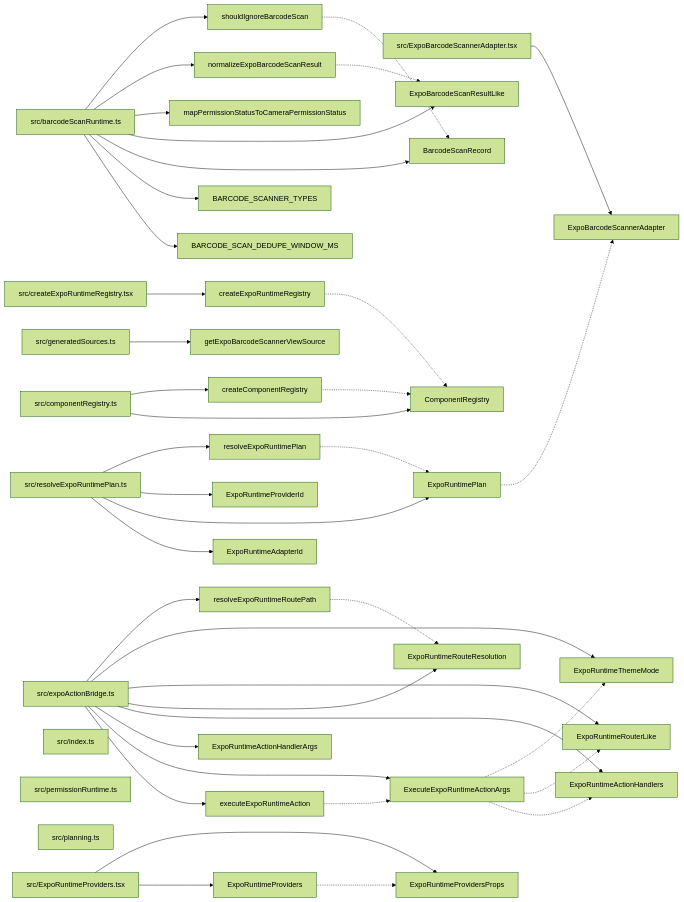
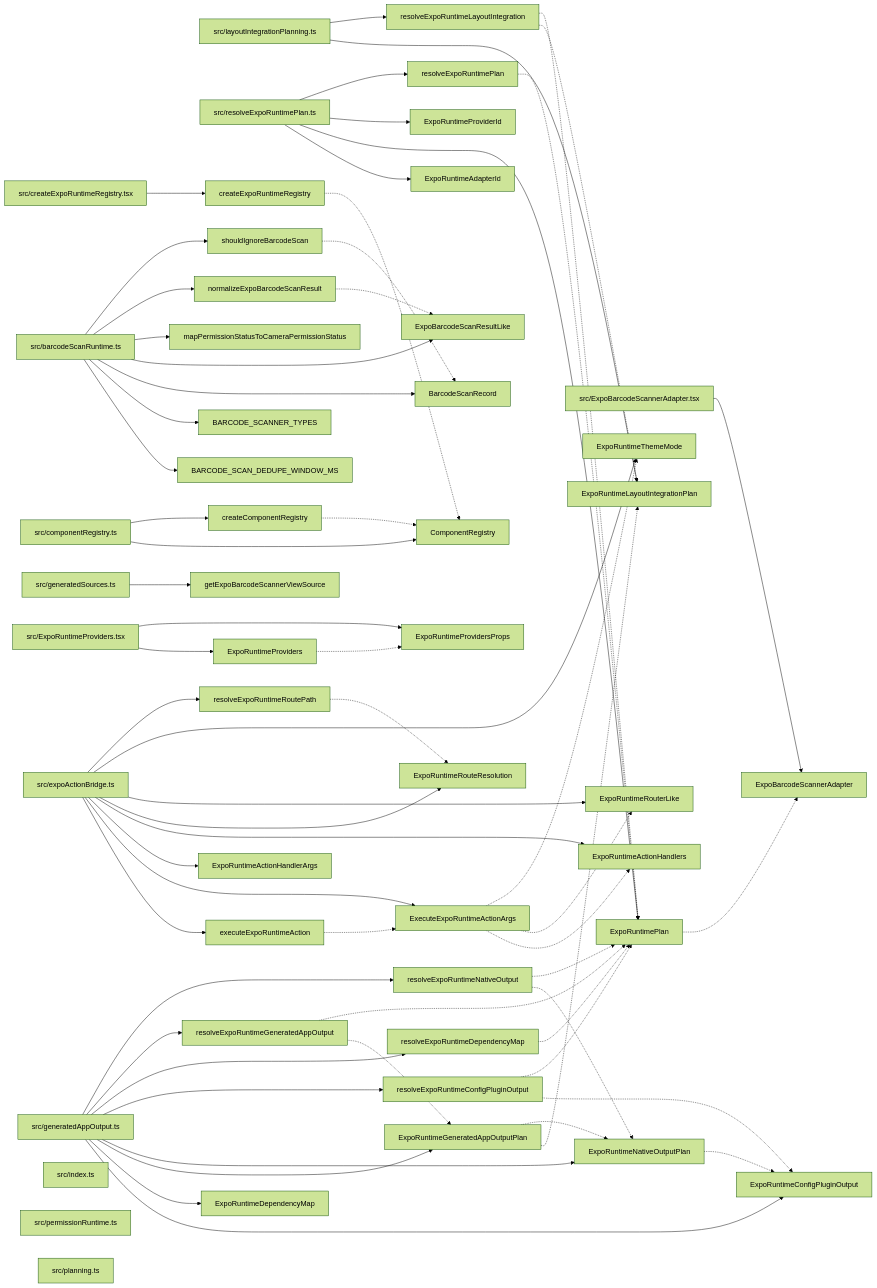
The diagram in paradox/diagrams/export-graph.mmd (ankhorage/expo-runtime), drawn with Mermaid (forest theme) before and after one commit. The commit also changed 11 other files, not shown here.

```diff
--- a/paradox/diagrams/export-graph.mmd
+++ b/paradox/diagrams/export-graph.mmd
@@ -1,76 +1,110 @@
 graph LR
   module_src_barcodeScanRuntime_ts["src/barcodeScanRuntime.ts"]
   module_src_componentRegistry_ts["src/componentRegistry.ts"]
   module_src_createExpoRuntimeRegistry_tsx["src/createExpoRuntimeRegistry.tsx"]
   module_src_expoActionBridge_ts["src/expoActionBridge.ts"]
   module_src_ExpoBarcodeScannerAdapter_tsx["src/ExpoBarcodeScannerAdapter.tsx"]
   module_src_ExpoRuntimeProviders_tsx["src/ExpoRuntimeProviders.tsx"]
+  module_src_generatedAppOutput_ts["src/generatedAppOutput.ts"]
   module_src_generatedSources_ts["src/generatedSources.ts"]
   module_src_index_ts["src/index.ts"]
+  module_src_layoutIntegrationPlanning_ts["src/layoutIntegrationPlanning.ts"]
   module_src_permissionRuntime_ts["src/permissionRuntime.ts"]
   module_src_planning_ts["src/planning.ts"]
   module_src_resolveExpoRuntimePlan_ts["src/resolveExpoRuntimePlan.ts"]
   export_BARCODE_SCAN_DEDUPE_WINDOW_MS["BARCODE_SCAN_DEDUPE_WINDOW_MS"]
   module_src_barcodeScanRuntime_ts --> export_BARCODE_SCAN_DEDUPE_WINDOW_MS
   export_BARCODE_SCANNER_TYPES["BARCODE_SCANNER_TYPES"]
   module_src_barcodeScanRuntime_ts --> export_BARCODE_SCANNER_TYPES
   export_BarcodeScanRecord["BarcodeScanRecord"]
   module_src_barcodeScanRuntime_ts --> export_BarcodeScanRecord
   export_ComponentRegistry["ComponentRegistry"]
   module_src_componentRegistry_ts --> export_ComponentRegistry
   export_createComponentRegistry["createComponentRegistry"]
   module_src_componentRegistry_ts --> export_createComponentRegistry
   export_createComponentRegistry -.-> export_ComponentRegistry
   export_createExpoRuntimeRegistry["createExpoRuntimeRegistry"]
   module_src_createExpoRuntimeRegistry_tsx --> export_createExpoRuntimeRegistry
   export_createExpoRuntimeRegistry -.-> export_ComponentRegistry
   export_executeExpoRuntimeAction["executeExpoRuntimeAction"]
   module_src_expoActionBridge_ts --> export_executeExpoRuntimeAction
   export_executeExpoRuntimeAction -.-> export_ExecuteExpoRuntimeActionArgs
   export_ExecuteExpoRuntimeActionArgs["ExecuteExpoRuntimeActionArgs"]
   module_src_expoActionBridge_ts --> export_ExecuteExpoRuntimeActionArgs
   export_ExecuteExpoRuntimeActionArgs -.-> export_ExpoRuntimeActionHandlers
   export_ExecuteExpoRuntimeActionArgs -.-> export_ExpoRuntimeRouterLike
   export_ExecuteExpoRuntimeActionArgs -.-> export_ExpoRuntimeThemeMode
   export_ExpoBarcodeScannerAdapter["ExpoBarcodeScannerAdapter"]
   module_src_ExpoBarcodeScannerAdapter_tsx --> export_ExpoBarcodeScannerAdapter
   export_ExpoBarcodeScanResultLike["ExpoBarcodeScanResultLike"]
   module_src_barcodeScanRuntime_ts --> export_ExpoBarcodeScanResultLike
   export_ExpoRuntimeActionHandlerArgs["ExpoRuntimeActionHandlerArgs"]
   module_src_expoActionBridge_ts --> export_ExpoRuntimeActionHandlerArgs
   export_ExpoRuntimeActionHandlers["ExpoRuntimeActionHandlers"]
   module_src_expoActionBridge_ts --> export_ExpoRuntimeActionHandlers
   export_ExpoRuntimeAdapterId["ExpoRuntimeAdapterId"]
   module_src_resolveExpoRuntimePlan_ts --> export_ExpoRuntimeAdapterId
+  export_ExpoRuntimeConfigPluginOutput["ExpoRuntimeConfigPluginOutput"]
+  module_src_generatedAppOutput_ts --> export_ExpoRuntimeConfigPluginOutput
+  export_ExpoRuntimeDependencyMap["ExpoRuntimeDependencyMap"]
+  module_src_generatedAppOutput_ts --> export_ExpoRuntimeDependencyMap
+  export_ExpoRuntimeGeneratedAppOutputPlan["ExpoRuntimeGeneratedAppOutputPlan"]
+  module_src_generatedAppOutput_ts --> export_ExpoRuntimeGeneratedAppOutputPlan
+  export_ExpoRuntimeGeneratedAppOutputPlan -.-> export_ExpoRuntimeLayoutIntegrationPlan
+  export_ExpoRuntimeGeneratedAppOutputPlan -.-> export_ExpoRuntimeNativeOutputPlan
+  export_ExpoRuntimeLayoutIntegrationPlan["ExpoRuntimeLayoutIntegrationPlan"]
+  module_src_layoutIntegrationPlanning_ts --> export_ExpoRuntimeLayoutIntegrationPlan
+  export_ExpoRuntimeNativeOutputPlan["ExpoRuntimeNativeOutputPlan"]
+  module_src_generatedAppOutput_ts --> export_ExpoRuntimeNativeOutputPlan
+  export_ExpoRuntimeNativeOutputPlan -.-> export_ExpoRuntimeConfigPluginOutput
   export_ExpoRuntimePlan["ExpoRuntimePlan"]
   module_src_resolveExpoRuntimePlan_ts --> export_ExpoRuntimePlan
   export_ExpoRuntimePlan -.-> export_ExpoBarcodeScannerAdapter
   export_ExpoRuntimeProviderId["ExpoRuntimeProviderId"]
   module_src_resolveExpoRuntimePlan_ts --> export_ExpoRuntimeProviderId
   export_ExpoRuntimeProviders["ExpoRuntimeProviders"]
   module_src_ExpoRuntimeProviders_tsx --> export_ExpoRuntimeProviders
   export_ExpoRuntimeProviders -.-> export_ExpoRuntimeProvidersProps
   export_ExpoRuntimeProvidersProps["ExpoRuntimeProvidersProps"]
   module_src_ExpoRuntimeProviders_tsx --> export_ExpoRuntimeProvidersProps
   export_ExpoRuntimeRouteResolution["ExpoRuntimeRouteResolution"]
   module_src_expoActionBridge_ts --> export_ExpoRuntimeRouteResolution
   export_ExpoRuntimeRouterLike["ExpoRuntimeRouterLike"]
   module_src_expoActionBridge_ts --> export_ExpoRuntimeRouterLike
   export_ExpoRuntimeThemeMode["ExpoRuntimeThemeMode"]
   module_src_expoActionBridge_ts --> export_ExpoRuntimeThemeMode
   export_getExpoBarcodeScannerViewSource["getExpoBarcodeScannerViewSource"]
   module_src_generatedSources_ts --> export_getExpoBarcodeScannerViewSource
   export_mapPermissionStatusToCameraPermissionStatus["mapPermissionStatusToCameraPermissionStatus"]
   module_src_barcodeScanRuntime_ts --> export_mapPermissionStatusToCameraPermissionStatus
   export_normalizeExpoBarcodeScanResult["normalizeExpoBarcodeScanResult"]
   module_src_barcodeScanRuntime_ts --> export_normalizeExpoBarcodeScanResult
   export_normalizeExpoBarcodeScanResult -.-> export_ExpoBarcodeScanResultLike
+  export_resolveExpoRuntimeConfigPluginOutput["resolveExpoRuntimeConfigPluginOutput"]
+  module_src_generatedAppOutput_ts --> export_resolveExpoRuntimeConfigPluginOutput
+  export_resolveExpoRuntimeConfigPluginOutput -.-> export_ExpoRuntimeConfigPluginOutput
+  export_resolveExpoRuntimeConfigPluginOutput -.-> export_ExpoRuntimePlan
+  export_resolveExpoRuntimeDependencyMap["resolveExpoRuntimeDependencyMap"]
+  module_src_generatedAppOutput_ts --> export_resolveExpoRuntimeDependencyMap
+  export_resolveExpoRuntimeDependencyMap -.-> export_ExpoRuntimePlan
+  export_resolveExpoRuntimeGeneratedAppOutput["resolveExpoRuntimeGeneratedAppOutput"]
+  module_src_generatedAppOutput_ts --> export_resolveExpoRuntimeGeneratedAppOutput
+  export_resolveExpoRuntimeGeneratedAppOutput -.-> export_ExpoRuntimeGeneratedAppOutputPlan
+  export_resolveExpoRuntimeGeneratedAppOutput -.-> export_ExpoRuntimePlan
+  export_resolveExpoRuntimeLayoutIntegration["resolveExpoRuntimeLayoutIntegration"]
+  module_src_layoutIntegrationPlanning_ts --> export_resolveExpoRuntimeLayoutIntegration
+  export_resolveExpoRuntimeLayoutIntegration -.-> export_ExpoRuntimeLayoutIntegrationPlan
+  export_resolveExpoRuntimeLayoutIntegration -.-> export_ExpoRuntimePlan
+  export_resolveExpoRuntimeNativeOutput["resolveExpoRuntimeNativeOutput"]
+  module_src_generatedAppOutput_ts --> export_resolveExpoRuntimeNativeOutput
+  export_resolveExpoRuntimeNativeOutput -.-> export_ExpoRuntimeNativeOutputPlan
+  export_resolveExpoRuntimeNativeOutput -.-> export_ExpoRuntimePlan
   export_resolveExpoRuntimePlan["resolveExpoRuntimePlan"]
   module_src_resolveExpoRuntimePlan_ts --> export_resolveExpoRuntimePlan
   export_resolveExpoRuntimePlan -.-> export_ExpoRuntimePlan
   export_resolveExpoRuntimeRoutePath["resolveExpoRuntimeRoutePath"]
   module_src_expoActionBridge_ts --> export_resolveExpoRuntimeRoutePath
   export_resolveExpoRuntimeRoutePath -.-> export_ExpoRuntimeRouteResolution
   export_shouldIgnoreBarcodeScan["shouldIgnoreBarcodeScan"]
   module_src_barcodeScanRuntime_ts --> export_shouldIgnoreBarcodeScan
   export_shouldIgnoreBarcodeScan -.-> export_BarcodeScanRecord
```
